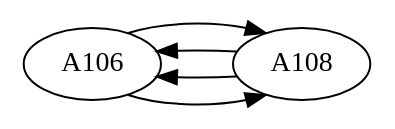
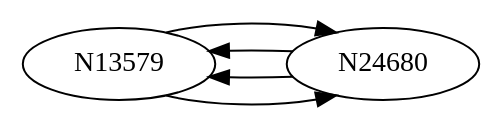
The diagram in cmake-build-debug/grafica_LC_Mantenimiento.dot (Samashoas/202109705_Proyecto_EDD), drawn with Graphviz before and after one commit. The commit also changed 14 other files, not shown here.

```diff
--- a/cmake-build-debug/grafica_LC_Mantenimiento.dot
+++ b/cmake-build-debug/grafica_LC_Mantenimiento.dot
@@ -1,8 +1,8 @@
 digraph G { rankdir=LR; node [shape=oval];
-node0 [label="A106"];
-node1 [label="A108"];
+node0 [label="N13579"];
+node1 [label="N24680"];
 node0 -> node1;
 node1 -> node0;
 node1 -> node0;
 node0 -> node1;
  }
```
